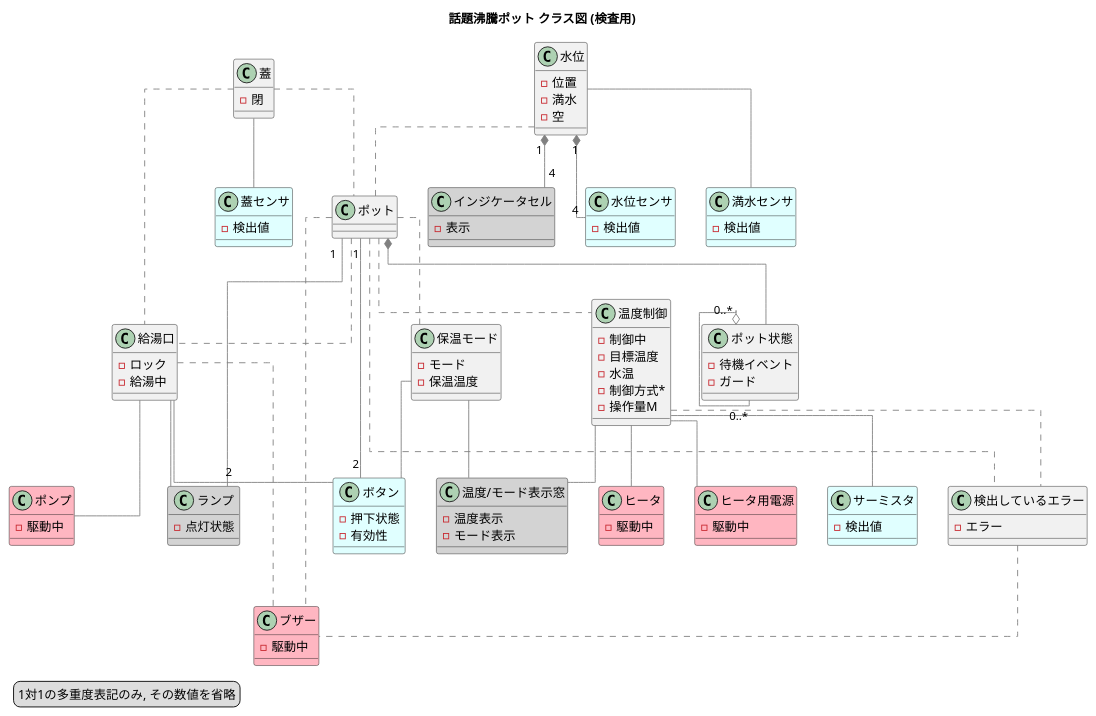
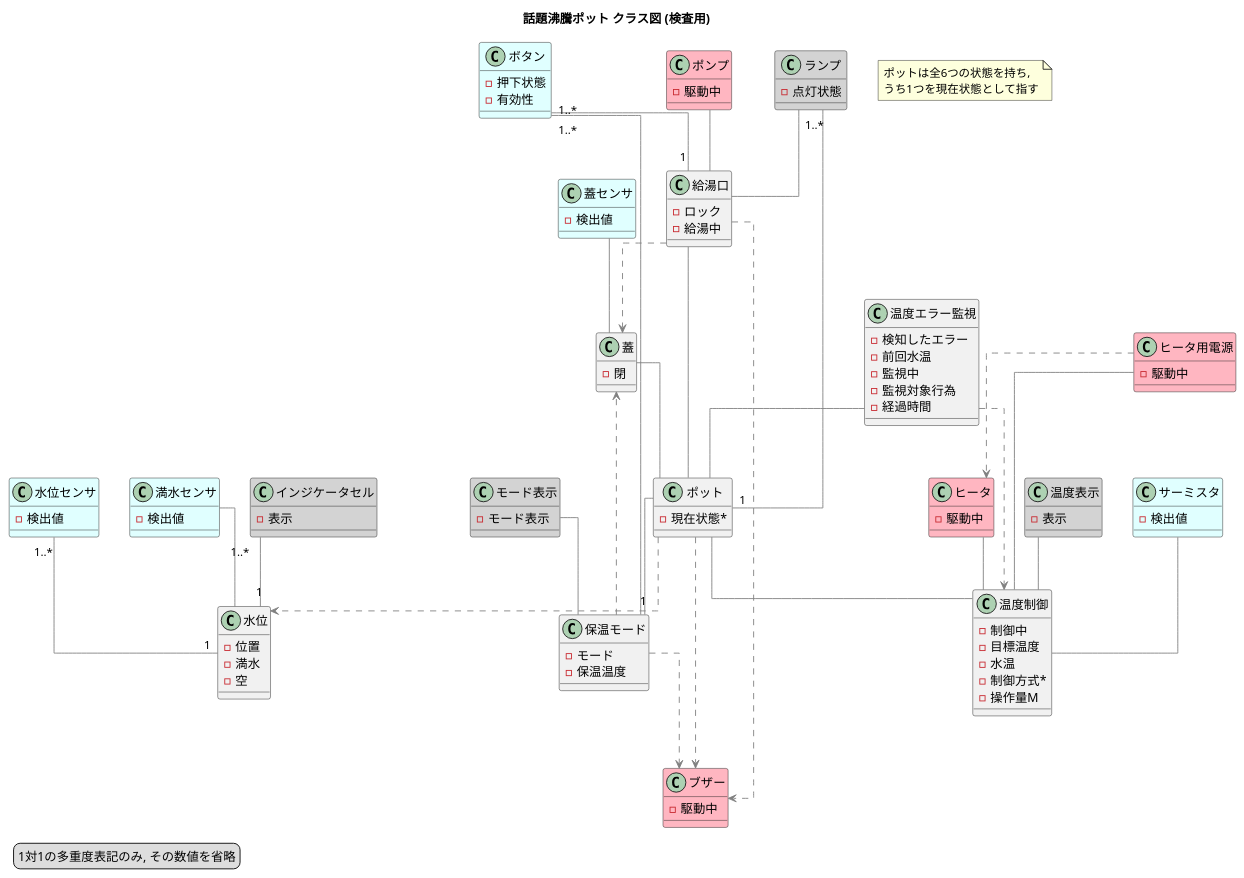
One commit to ms-td/ppot changed the diagram in docs/analysis-analog/class.puml. Above: the diagram before and after it, drawn with PlantUML. The commit also changed 4 other files, not shown here.

```diff
--- a/docs/analysis-analog/class.puml
+++ b/docs/analysis-analog/class.puml
@@ -1,143 +1,156 @@
 @startuml
 title 話題沸騰ポット クラス図 (検査用)
 
 <style>
 shadowing: false
 monochrome: true
 fontcolor: automatic
 </style>
 
 skinparam ObjectBorderColor #808080
 skinparam ObjectFontColor automatic
 skinparam ArrowColor #808080
 skinparam linetype ortho
 
 class "ランプ" as lamp #lightgray {
     - 点灯状態
 }
 class "ボタン" as button #lightcyan {
     - 押下状態
     - 有効性
 }
 class "インジケータセル" as cell #lightgray {
     - 表示
 }
 
 class "水位" as level {
     - 位置
     - 満水
     - 空
 }
 
 class "水位センサ" as wSenser #lightcyan {
     - 検出値
 }
 class "満水センサ" as wwSenser #lightcyan {
     - 検出値
 }
-level  --  wwSenser
-level "1" *-- "4" wSenser
-level "1" *-- "4" cell
+wwSenser  --  level
+wSenser "1..*" -- "1" level
+cell "1..*" -- "1" level
 
 class "蓋" as coverTop {
     - 閉
 }
 class "蓋センサ" as coverSenser #lightcyan {
     - 検出値
 }
 
-coverTop  --  coverSenser
+coverSenser  --  coverTop
 
 class "給湯口" as operation {
     - ロック
     - 給湯中
 }
 class "ポンプ" as pomp #lightpink {
     - 駆動中
 }
 
-operation  --  pomp
-operation  --  button
-operation  --  lamp
+pomp  --  operation
+button "1..*" -- "1" operation
+lamp  --  operation
 
-class "温度/モード表示窓" as tempView #lightgray {
-    - 温度表示
+class "温度表示" as tempView #lightgray {
+    - 表示
+}
+class "モード表示" as modeView #lightgray {
     - モード表示
 }
 
 class "温度制御" as tempCntl {
     - 制御中
     - 目標温度
     - 水温
     - 制御方式*
     - 操作量M
 }
 class "ヒータ" as heater #lightpink {
     - 駆動中
 }
 class "ヒータ用電源" as power #lightpink {
     - 駆動中
 }
 class "サーミスタ" as sermister #lightcyan {
     - 検出値
 }
 abstract class "制御方式" as method {
     ----
     +操作量導出()
 }
 
-tempCntl  --  heater
-tempCntl  --  power
-tempCntl  --  tempView
-tempCntl  --  sermister
+heater  --  tempCntl
+power  --  tempCntl
+sermister  --  tempCntl
+tempView  --  tempCntl
+power ..> heater
 tempCntl "1" -- "0..1" method
 remove method
 
 class "ポット" as body {
+    - 現在状態*
 }
 class "ポット状態" as potState {
+}
+class "状態遷移" as transition {
     - 待機イベント
     - ガード
 }
+note as states
+    ポットは全6つの状態を持ち,
+    うち1つを現在状態として指す
+end note
 
-body "1" -- "2" button
-body "1" -- "2" lamp
-body  *-- potState
-potState "0..*" o-- "0..*" potState
-'remove potState
+lamp "1..*" -- "1" body
+remove potState
+remove transition
 
 class "保温モード" as keepmode {
     - モード
     - 保温温度
 }
 
-keepmode -- tempView
-keepmode -- button
+modeView -- keepmode
+button "1..*" -- "1" keepmode
 
-class "検出しているエラー" as error {
-    - エラー
+class "温度エラー監視" as errorWatch {
+    - 検知したエラー
+    - 前回水温
+    - 監視中
+    - 監視対象行為
+    - 経過時間
 }
 
 class "ブザー" as buzzer #lightpink {
     - 駆動中
 }
 
 ' ----- 相互 ----
-level  ..  body
-body  ..  operation
-body  ..  tempCntl
-coverTop  ..  body
-coverTop  ..  operation
-body  ..  buzzer
-body .. error
-tempCntl .. error
-operation .. buzzer
-error .. buzzer
-body .. keepmode
+body ..> level
+operation  --  body
+coverTop  --  body
+errorWatch -- body
+body  --  tempCntl
+body  --  keepmode
+errorWatch ..> tempCntl
+operation ..> coverTop
+keepmode ..> coverTop
+body ..> buzzer
+operation ..> buzzer
+keepmode ..> buzzer
 
 ' ----- 配置 -----
 
 legend bottom left
     1対1の多重度表記のみ, その数値を省略
 endlegend
 @enduml
```
